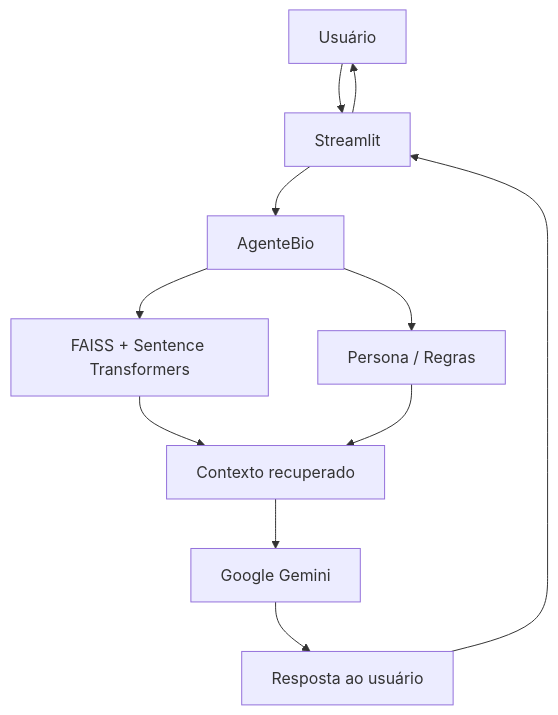
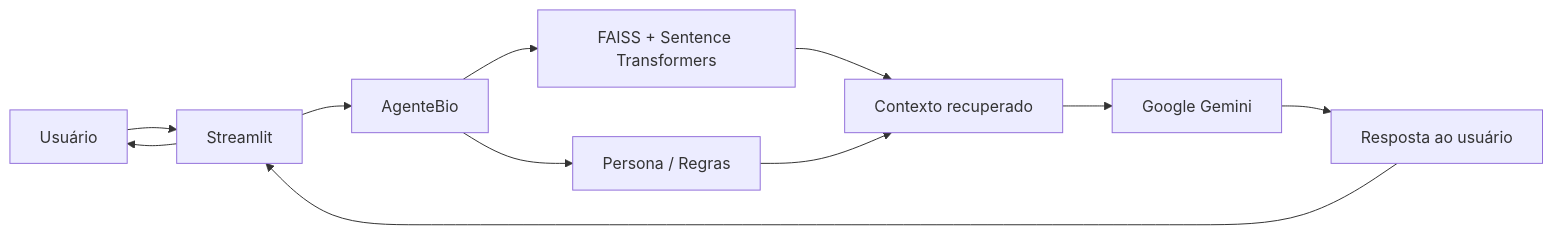
Before and after one commit to pedroivneto/desafio_DIO_assistenteVirtual: the diagram in README.md, drawn with Mermaid. The commit also changed other lines of this file and 3 other files, not shown here.

````diff
--- a/README.md
+++ b/README.md
@@ -19,16 +19,16 @@
 ```mermaid
-flowchart TD
+flowchart LR
     A[Usuário] --> B[Streamlit]
     B --> C[AgenteBio]
 
     C --> D[FAISS + Sentence Transformers]
     C --> E[Persona / Regras]
 
     D --> F[Contexto recuperado]
     E --> F[Contexto recuperado]
 
     F --> G[Google Gemini]
     G --> H[Resposta ao usuário]
     H --> B[Streamlit]
     B --> A[Usuário]
 ```
````
